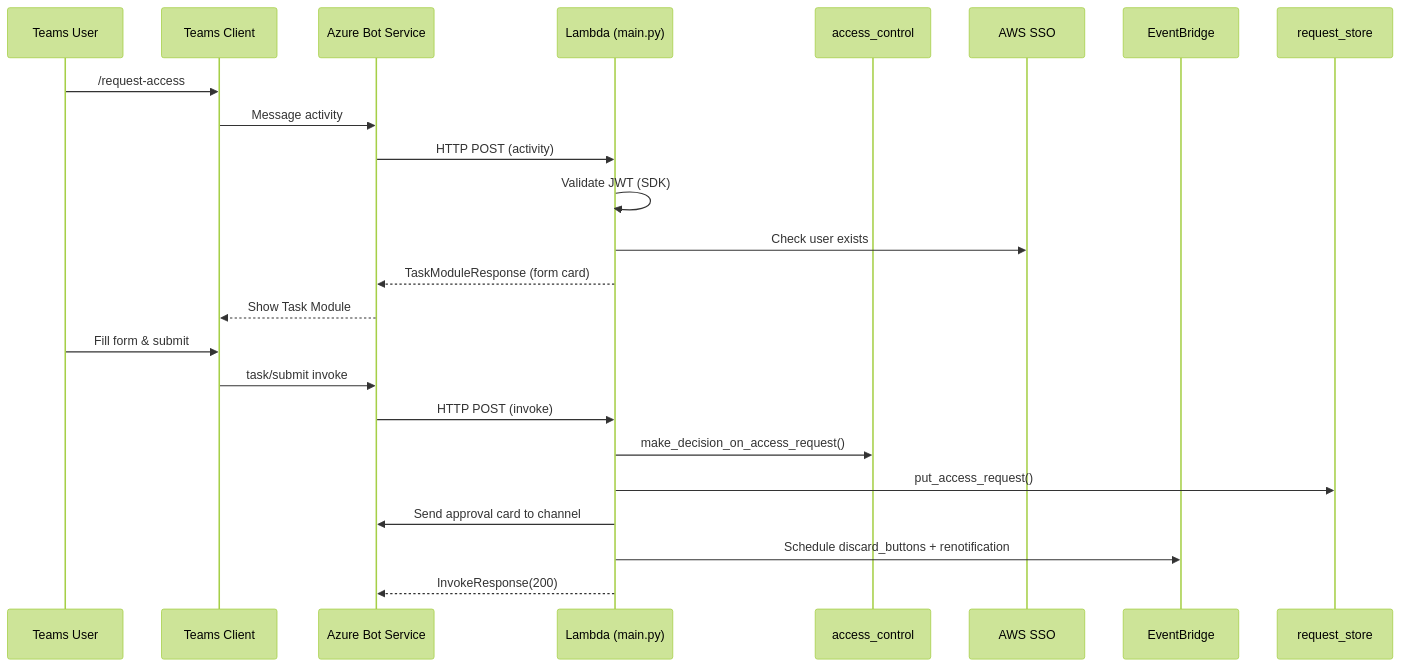
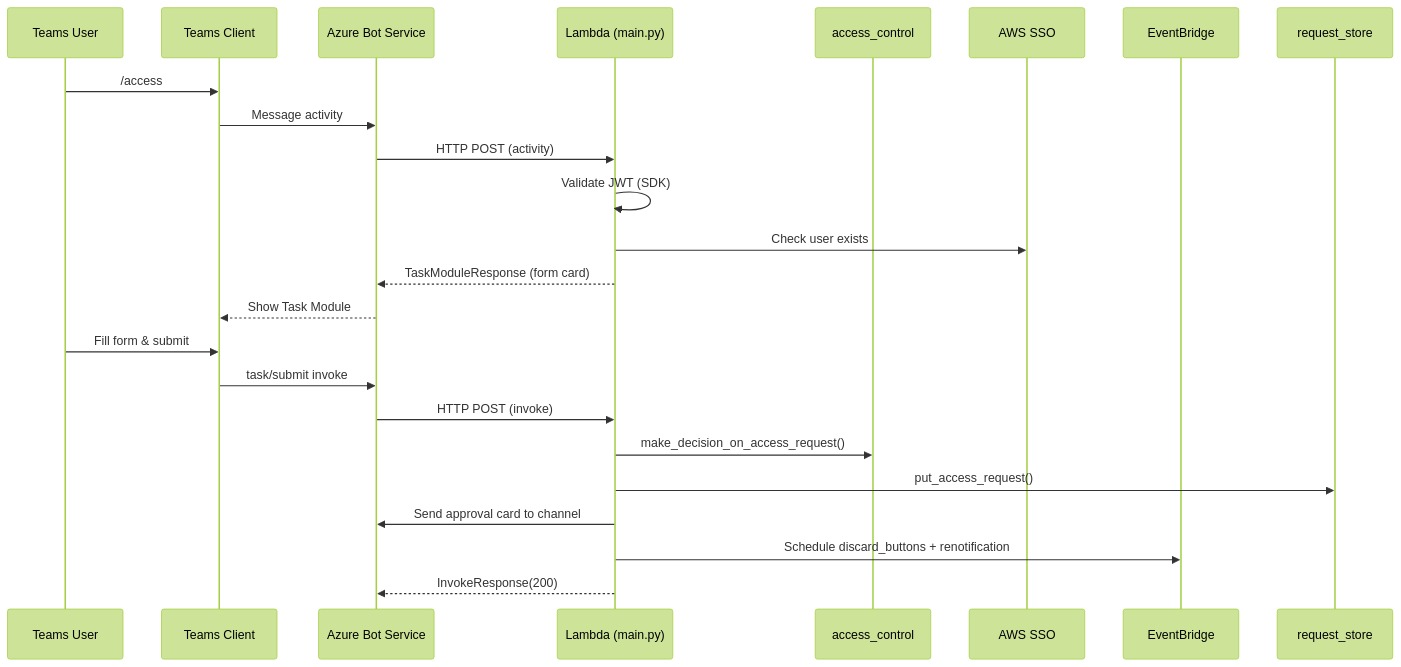
The third of 4 diagrams in .kiro/specs/teams-messaging-integration/design.md (fivexl/terraform-aws-sso-elevator), drawn with Mermaid (forest theme) before and after one commit. The commit also changed other lines of this file and 5 other files, not shown here.

````diff
--- a/.kiro/specs/teams-messaging-integration/design.md
+++ b/.kiro/specs/teams-messaging-integration/design.md
@@ -343,27 +343,27 @@
 ```mermaid
 sequenceDiagram
     participant U as Teams User
     participant T as Teams Client
     participant ABS as Azure Bot Service
     participant L as Lambda (main.py)
     participant AC as access_control
     participant SSO as AWS SSO
     participant EB as EventBridge
     participant RS as request_store
 
-    U->>T: /request-access
+    U->>T: /access
     T->>ABS: Message activity
     ABS->>L: HTTP POST (activity)
     L->>L: Validate JWT (SDK)
     L->>SSO: Check user exists
     L-->>ABS: TaskModuleResponse (form card)
     ABS-->>T: Show Task Module
     U->>T: Fill form & submit
     T->>ABS: task/submit invoke
     ABS->>L: HTTP POST (invoke)
     L->>AC: make_decision_on_access_request()
     L->>RS: put_access_request()
     L->>ABS: Send approval card to channel
     L->>EB: Schedule discard_buttons + renotification
     L-->>ABS: InvokeResponse(200)
 ```
````
